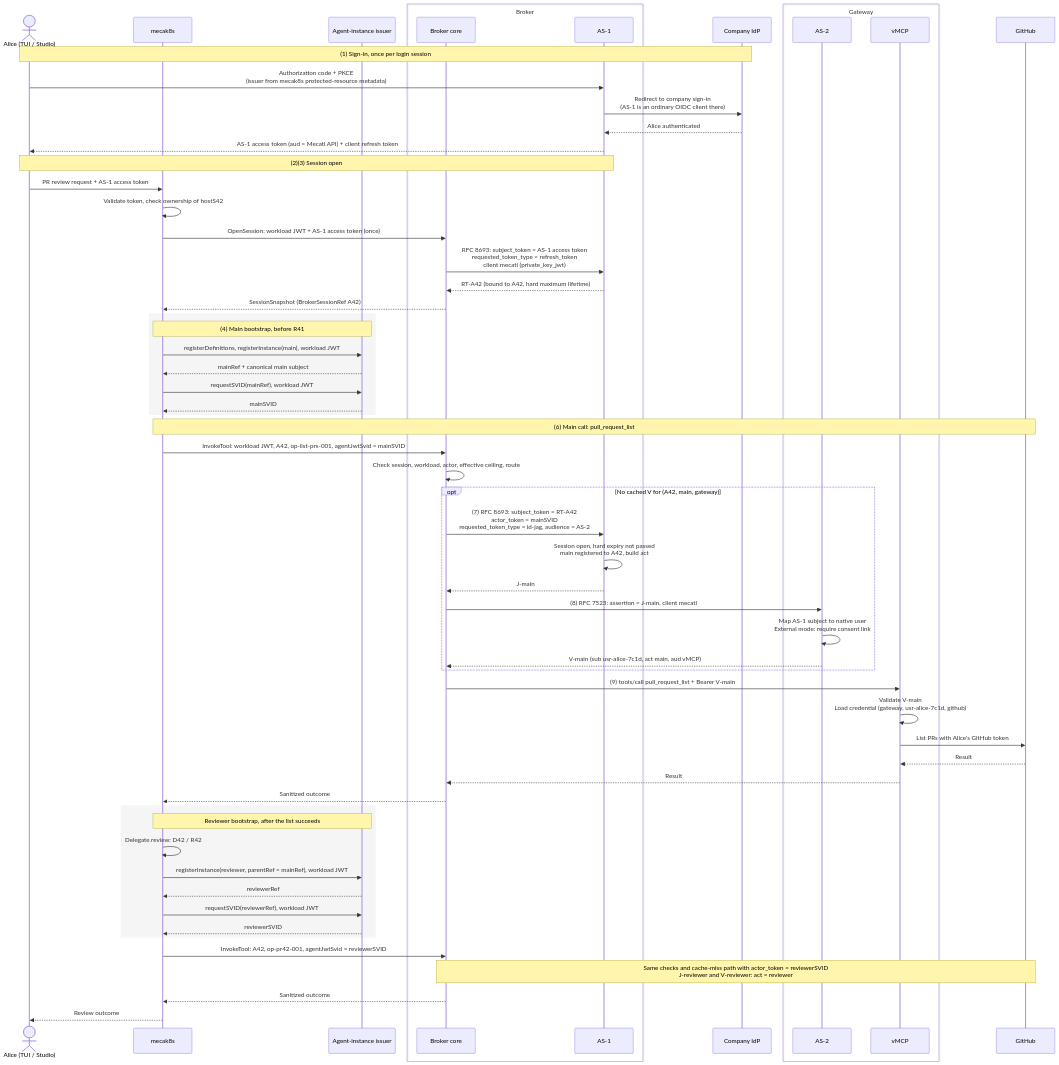
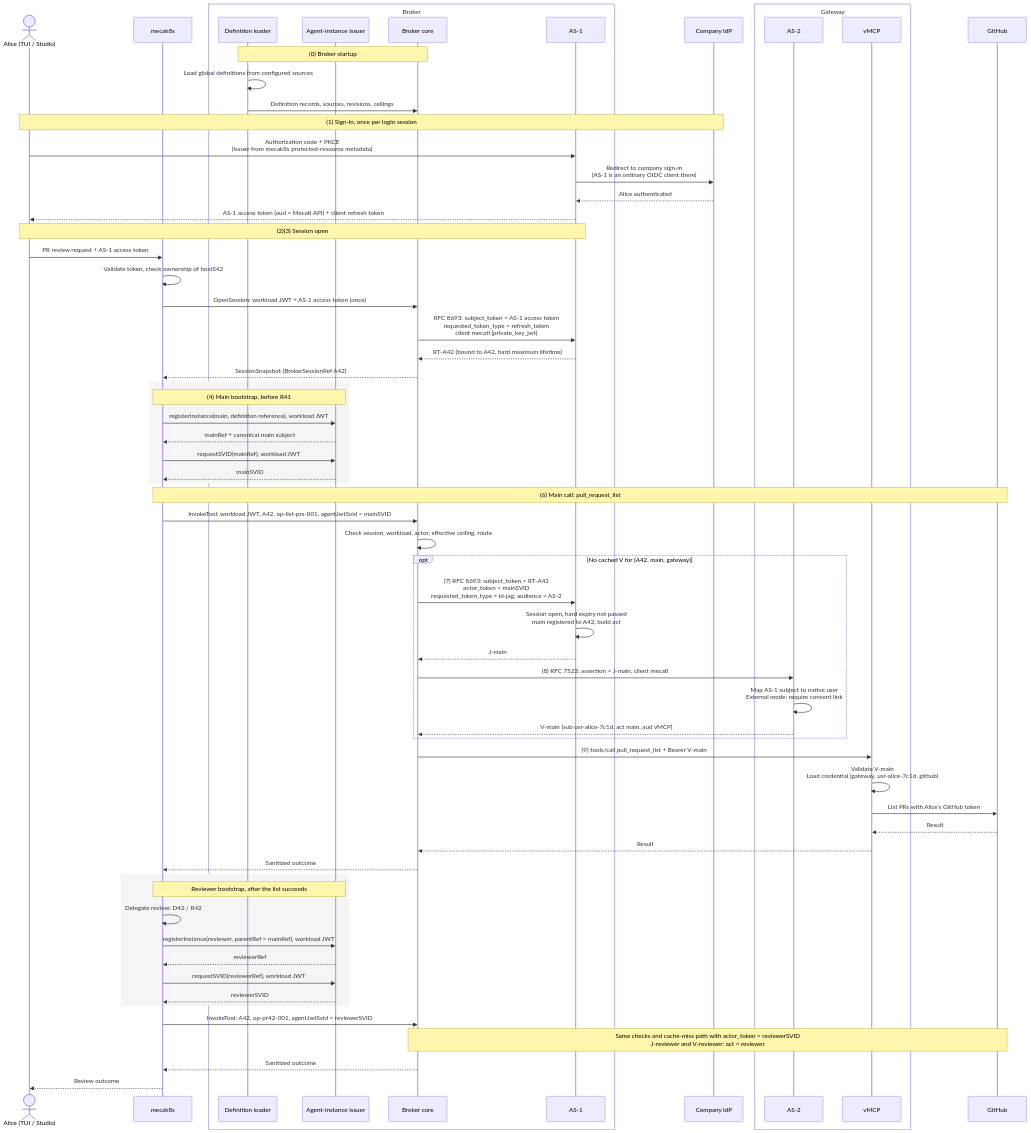
Before and after one commit to stacklok/mecatl: the diagram in docs/drafts/agent-identity/credentials-and-lifecycle.md, drawn with Mermaid. The commit also changed 3 other files, not shown here.

First line of the commit message:
docs: restore the definition loader as a broker module

````diff
--- a/docs/drafts/agent-identity/credentials-and-lifecycle.md
+++ b/docs/drafts/agent-identity/credentials-and-lifecycle.md
@@ -46,70 +46,75 @@
 ```mermaid
 sequenceDiagram
     actor U as Alice (TUI / Studio)
     participant H as mecak8s
-    participant I as Agent-instance issuer
     box Broker
+        participant L as Definition loader
+        participant I as Agent-instance issuer
         participant B as Broker core
         participant A1 as AS-1
     end
     participant IdP as Company IdP
     box Gateway
         participant A2 as AS-2
         participant V as vMCP
     end
     participant G as GitHub
+
+    Note over L,B: (0) Broker startup
+    L->>L: Load global definitions from configured sources
+    L->>B: Definition records, sources, revisions, ceilings
 
     Note over U,IdP: (1) Sign-in, once per login session
     U->>A1: Authorization code + PKCE<br/>(issuer from mecak8s protected-resource metadata)
     A1->>IdP: Redirect to company sign-in<br/>(AS-1 is an ordinary OIDC client there)
     IdP-->>A1: Alice authenticated
     A1-->>U: AS-1 access token (aud = Mecatl API) + client refresh token
 
     Note over U,A1: (2)(3) Session open
     U->>H: PR review request + AS-1 access token
     H->>H: Validate token, check ownership of hostS42
     H->>B: OpenSession: workload JWT + AS-1 access token (once)
     B->>A1: RFC 8693: subject_token = AS-1 access token<br/>requested_token_type = refresh_token<br/>client mecatl (private_key_jwt)
     A1-->>B: RT-A42 (bound to A42, hard maximum lifetime)
     B-->>H: SessionSnapshot (BrokerSessionRef A42)
 
     rect rgb(245, 245, 245)
         Note over H,I: (4) Main bootstrap, before R41
-        H->>I: registerDefinitions, registerInstance(main), workload JWT
+        H->>I: registerInstance(main, definition reference), workload JWT
         I-->>H: mainRef + canonical main subject
         H->>I: requestSVID(mainRef), workload JWT
         I-->>H: mainSVID
     end
 
     Note over H,G: (6) Main call: pull_request_list
     H->>B: InvokeTool: workload JWT, A42, op-list-prs-001, agentJwtSvid = mainSVID
     B->>B: Check session, workload, actor, effective ceiling, route
     opt No cached V for (A42, main, gateway)
         B->>A1: (7) RFC 8693: subject_token = RT-A42<br/>actor_token = mainSVID<br/>requested_token_type = id-jag, audience = AS-2
         A1->>A1: Session open, hard expiry not passed<br/>main registered to A42, build act
         A1-->>B: J-main
         B->>A2: (8) RFC 7523: assertion = J-main, client mecatl
         A2->>A2: Map AS-1 subject to native user<br/>External mode: require consent link
         A2-->>B: V-main (sub usr-alice-7c1d, act main, aud vMCP)
     end
     B->>V: (9) tools/call pull_request_list + Bearer V-main
     V->>V: Validate V-main<br/>Load credential (gateway, usr-alice-7c1d, github)
     V->>G: List PRs with Alice's GitHub token
     G-->>V: Result
     V-->>B: Result
     B-->>H: Sanitized outcome
 
     rect rgb(245, 245, 245)
         Note over H,I: Reviewer bootstrap, after the list succeeds
         H->>H: Delegate review: D42 / R42
         H->>I: registerInstance(reviewer, parentRef = mainRef), workload JWT
         I-->>H: reviewerRef
         H->>I: requestSVID(reviewerRef), workload JWT
         I-->>H: reviewerSVID
     end
 
     H->>B: InvokeTool: A42, op-pr42-001, agentJwtSvid = reviewerSVID
     Note over B,G: Same checks and cache-miss path with actor_token = reviewerSVID<br/>J-reviewer and V-reviewer: act = reviewer
     B-->>H: Sanitized outcome
     H-->>U: Review outcome
 ```
````
